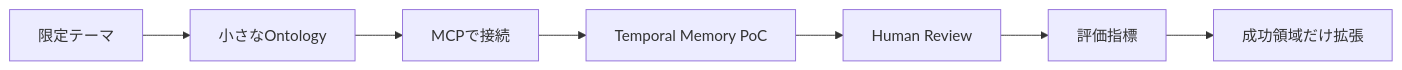
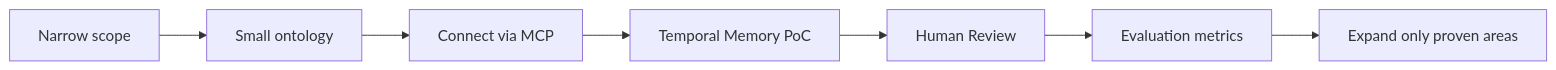
Diagram 13 of 13 in content/blog/en/ai-llm-ontology-memory.mdx (daylight55/research), drawn with Mermaid before and after one commit. The commit also changed other lines of this file and 26 other files, not shown here.

Commit message:
Translate English Mermaid labels

````diff
--- a/content/blog/en/ai-llm-ontology-memory.mdx
+++ b/content/blog/en/ai-llm-ontology-memory.mdx
@@ -438,9 +438,9 @@
 ```mermaid
 flowchart LR
-  Scope["限定テーマ"] --> Build["小さなOntology"]
-  Build --> Connect["MCPで接続"]
+  Scope["Narrow scope"] --> Build["Small ontology"]
+  Build --> Connect["Connect via MCP"]
   Connect --> Memory["Temporal Memory PoC"]
   Memory --> Review["Human Review"]
-  Review --> Metrics["評価指標"]
-  Metrics --> Expand["成功領域だけ拡張"]
+  Review --> Metrics["Evaluation metrics"]
+  Metrics --> Expand["Expand only proven areas"]
 ```
````
